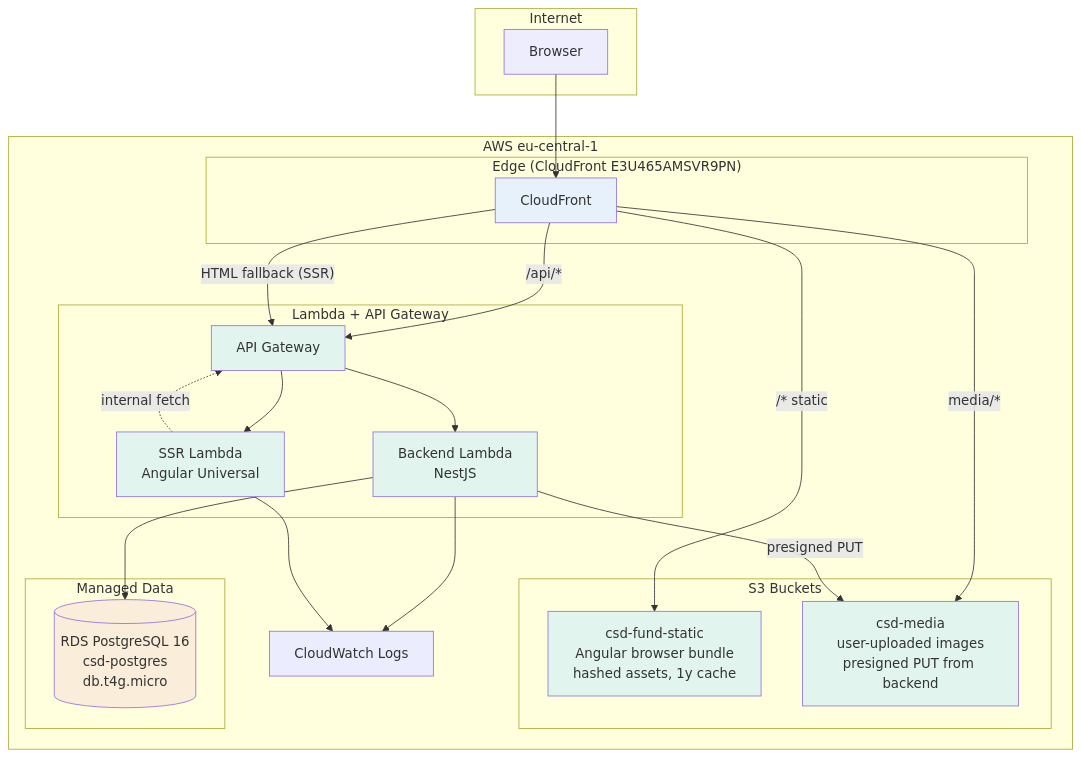
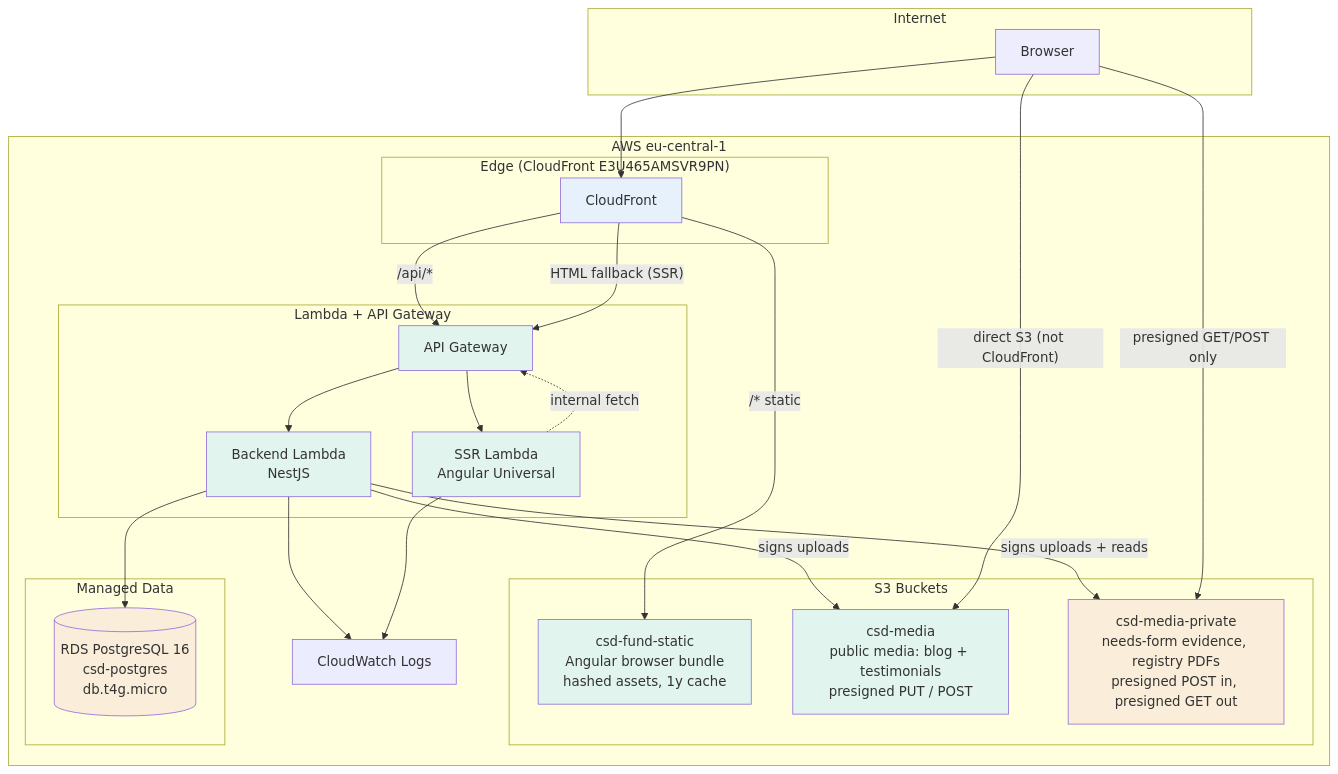
The third of 3 diagrams in docs/ARCHITECTURE.md (Endorrfin/csd), drawn with Mermaid before and after one commit. The commit also changed other lines of this file and 1 other file, not shown here.

Commit message:
csd | web-portal | docs/architecture-sync

````diff
--- a/docs/ARCHITECTURE.md
+++ b/docs/ARCHITECTURE.md
@@ -716,51 +1071,55 @@
 ```mermaid
 graph TB
     subgraph Internet
         Browser[Browser]
     end
 
     subgraph AWS["AWS eu-central-1"]
         subgraph Edge["Edge (CloudFront E3U465AMSVR9PN)"]
             CF[CloudFront]
         end
 
         subgraph Static["S3 Buckets"]
             S3Static[csd-fund-static<br/>Angular browser bundle<br/>hashed assets, 1y cache]
-            S3Media[csd-media<br/>user-uploaded images<br/>presigned PUT from backend]
+            S3Media[csd-media<br/>public media: blog + testimonials<br/>presigned PUT / POST]
+            S3Priv[csd-media-private<br/>needs-form evidence, registry PDFs<br/>presigned POST in, presigned GET out]
         end
 
         subgraph Compute["Lambda + API Gateway"]
             APIGW[API Gateway]
             LambdaBE[Backend Lambda<br/>NestJS]
             LambdaUI[SSR Lambda<br/>Angular Universal]
         end
 
         subgraph Data["Managed Data"]
             RDS[(RDS PostgreSQL 16<br/>csd-postgres<br/>db.t4g.micro)]
         end
 
         Monitoring[CloudWatch Logs]
     end
 
     Browser --> CF
     CF -->|"/* static"| S3Static
     CF -->|"/api/*"| APIGW
     CF -->|"HTML fallback (SSR)"| APIGW
-    CF -->|"media/*"| S3Media
     APIGW --> LambdaBE
     APIGW --> LambdaUI
     LambdaUI -.->|"internal fetch"| APIGW
     LambdaBE --> RDS
-    LambdaBE -->|"presigned PUT"| S3Media
+    LambdaBE -->|"signs uploads"| S3Media
+    LambdaBE -->|"signs uploads + reads"| S3Priv
+    Browser -->|"direct S3 (not CloudFront)"| S3Media
+    Browser -->|"presigned GET/POST only"| S3Priv
     LambdaBE --> Monitoring
     LambdaUI --> Monitoring
 
     style Browser fill:#EEEDFE
     style CF fill:#E6F1FB
     style S3Static fill:#E1F5EE
     style S3Media fill:#E1F5EE
+    style S3Priv fill:#FAEEDA
     style APIGW fill:#E1F5EE
     style LambdaBE fill:#E1F5EE
     style LambdaUI fill:#E1F5EE
     style RDS fill:#FAEEDA
 ```
````
